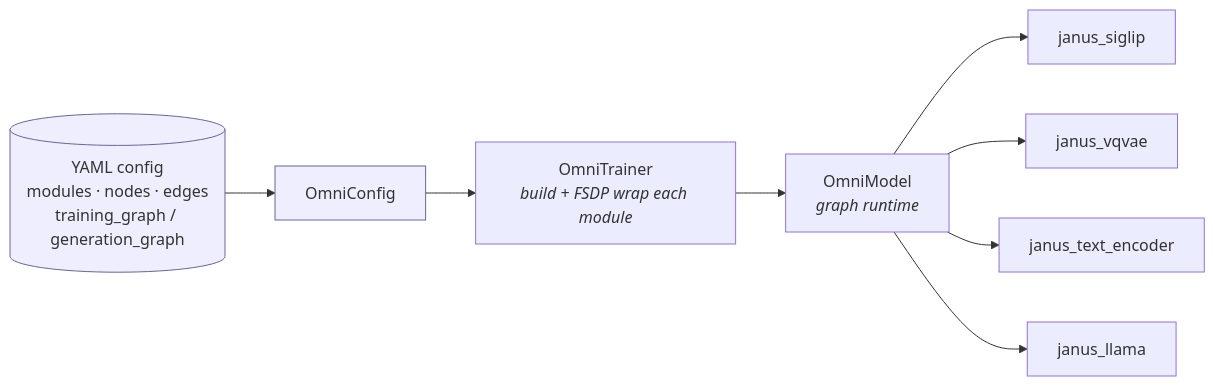
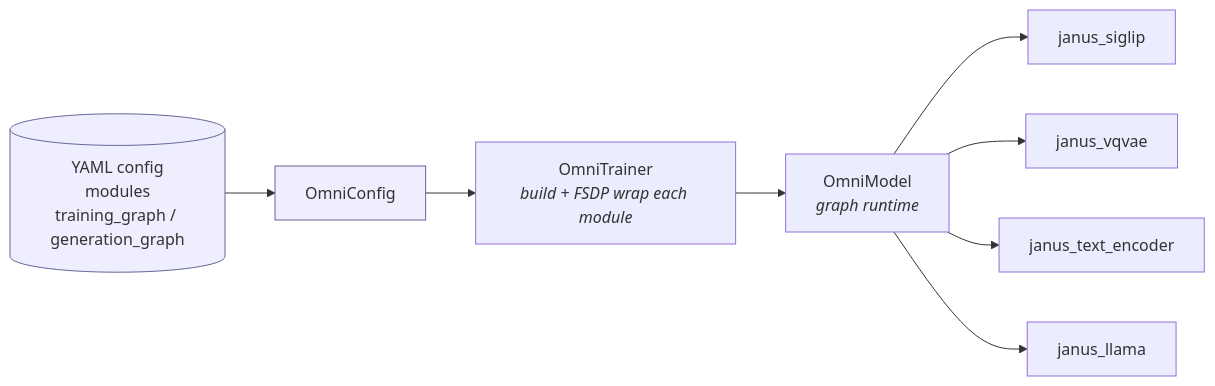
One commit to ByteDance-Seed/VeOmni changed the first of 5 diagrams in docs/seed_omni/seed_omni_v2.md. Above: the diagram before and after it, drawn with Mermaid. The commit also changed other lines of this file and 21 other files, not shown here.

````diff
--- a/docs/seed_omni/seed_omni_v2.md
+++ b/docs/seed_omni/seed_omni_v2.md
@@ -27,12 +27,12 @@
 ```mermaid
 flowchart LR
-    YAML[("YAML config<br/>modules · nodes · edges<br/>training_graph / generation_graph")] --> CFG[OmniConfig]
+    YAML[("YAML config<br/>modules<br/>training_graph / generation_graph")] --> CFG[OmniConfig]
     CFG --> TR[OmniTrainer<br/><i>build + FSDP wrap each module</i>]
     TR --> OM[OmniModel<br/><i>graph runtime</i>]
     OM --> M1[janus_siglip]
     OM --> M2[janus_vqvae]
     OM --> M3[janus_text_encoder]
     OM --> M4[janus_llama]
     classDef f fill:#eef,stroke:#669
     class YAML,CFG f
 ```
````
